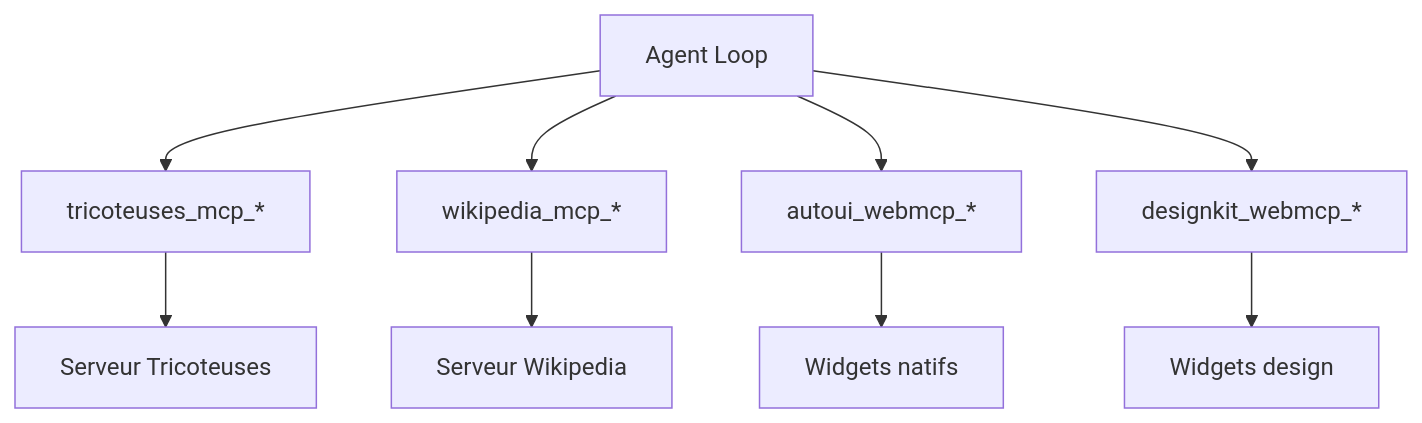
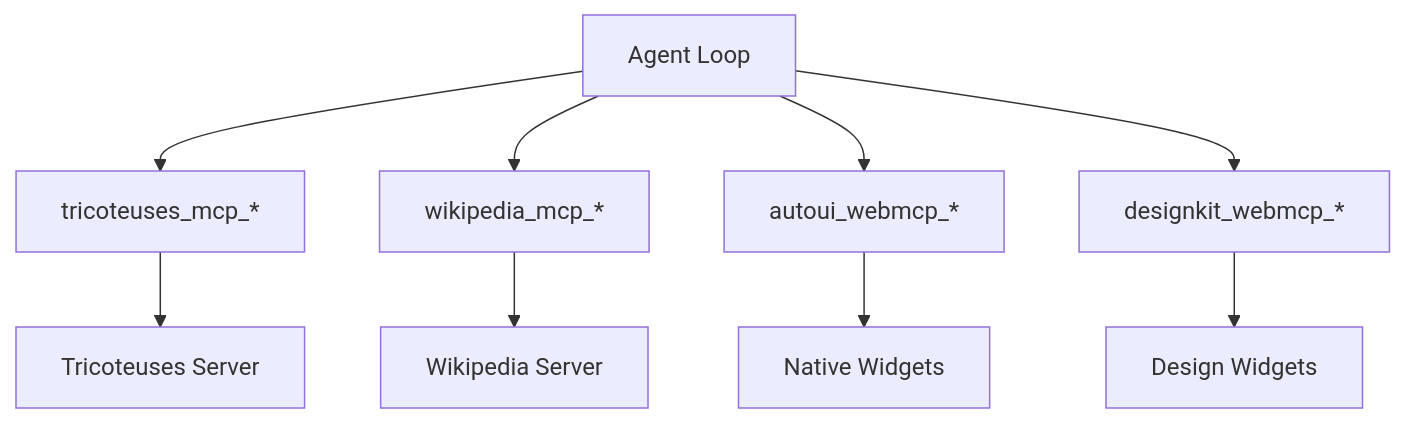
Before and after one commit to jeanbaptiste/webmcp-auto-ui: the ninth of 11 diagrams in docs/starlight/src/content/docs/tutorials/architecture-mcp-webmcp.mdx, drawn with Mermaid. The commit also changed other lines of this file and 94 other files, not shown here.

````diff
--- a/docs/starlight/src/content/docs/tutorials/architecture-mcp-webmcp.mdx
+++ b/docs/starlight/src/content/docs/tutorials/architecture-mcp-webmcp.mdx
@@ -323,12 +300,12 @@
 ```mermaid
 graph TB
     Agent[Agent Loop] --> MCP1["tricoteuses_mcp_*"]
     Agent --> MCP2["wikipedia_mcp_*"]
     Agent --> WMCP1["autoui_webmcp_*"]
     Agent --> WMCP2["designkit_webmcp_*"]
 
-    MCP1 --> S1[Serveur Tricoteuses]
-    MCP2 --> S2[Serveur Wikipedia]
-    WMCP1 --> W1[Widgets natifs]
-    WMCP2 --> W2[Widgets design]
+    MCP1 --> S1[Tricoteuses Server]
+    MCP2 --> S2[Wikipedia Server]
+    WMCP1 --> W1[Native Widgets]
+    WMCP2 --> W2[Design Widgets]
 ```
````
